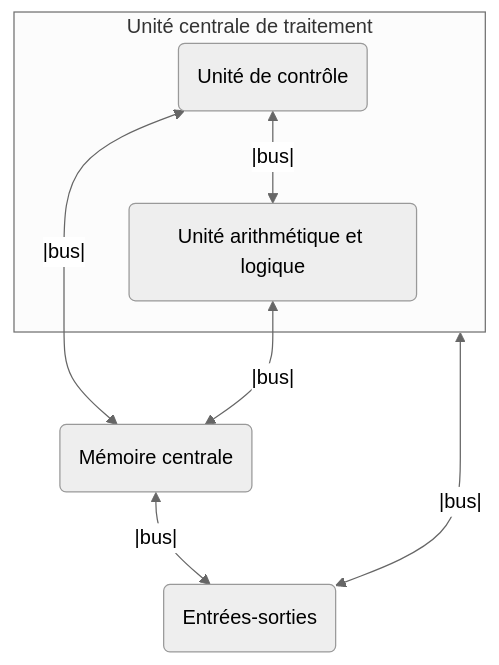
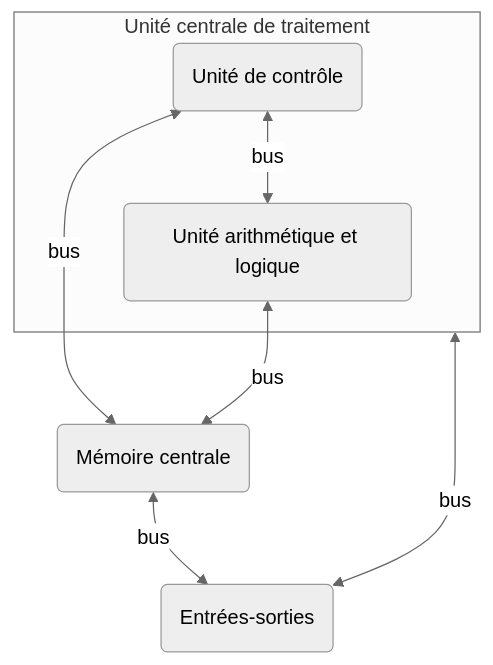
One commit to boddaert/nsi changed the diagram in première/Architecture_des_machines/Modèle_Von_Neumann.md. Above: the diagram before and after it, drawn with Mermaid (neutral theme).

````diff
--- a/première/Architecture_des_machines/Modèle_Von_Neumann.md
+++ b/première/Architecture_des_machines/Modèle_Von_Neumann.md
@@ -23,10 +23,10 @@
 ```mermaid
 flowchart TB
     subgraph a["Unité centrale de traitement"]
-        b("Unité de contrôle") <--|bus|--> c("Unité arithmétique et logique")
+        b("Unité de contrôle") <-- bus --> c("Unité arithmétique et logique")
     end
-    b <--|bus|--> d("Mémoire centrale")
-    c <--|bus|--> d
-    a <--|bus|--> e("Entrées-sorties")
-    d <--|bus|--> e
+    b <-- bus --> d("Mémoire centrale")
+    c <-- bus --> d
+    a <-- bus --> e("Entrées-sorties")
+    d <-- bus --> e
 ```
````
